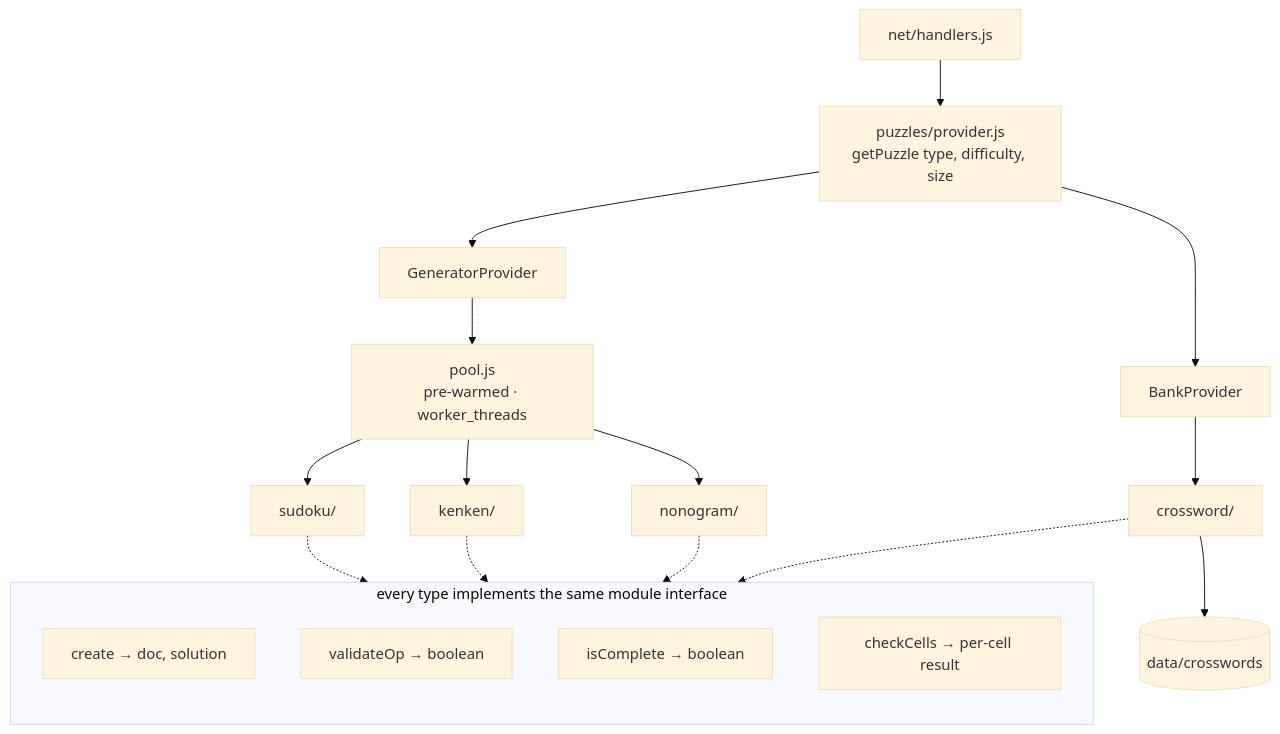
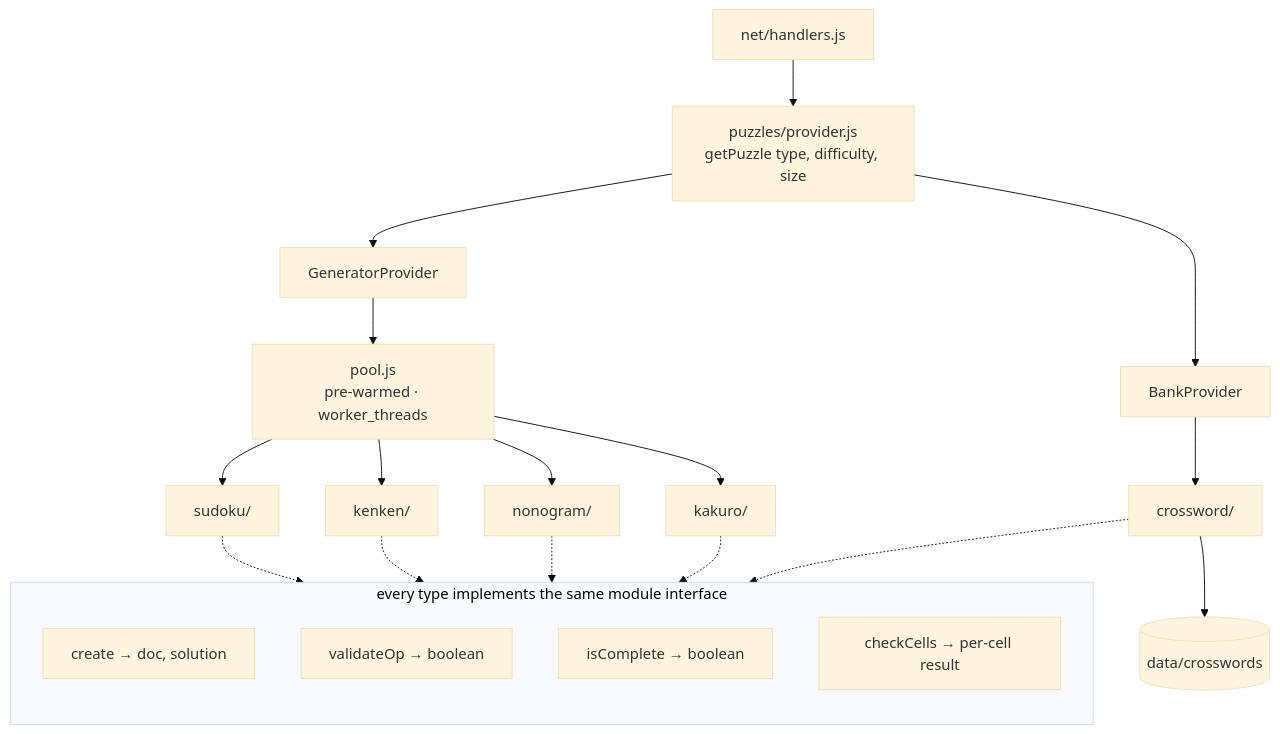
One commit to nikhilasm/puzzletogether changed the fifth of 6 diagrams in docs/architecture.md. Above: the diagram before and after it, drawn with Mermaid (base theme). The commit also changed other lines of this file and 38 other files, not shown here.

````diff
--- a/docs/architecture.md
+++ b/docs/architecture.md
@@ -171,27 +173,29 @@
 ```mermaid
 flowchart TB
     H["net/handlers.js"] --> PROV["puzzles/provider.js<br/>getPuzzle type, difficulty, size"]
 
     PROV --> GEN["GeneratorProvider"]
     PROV --> BNK["BankProvider"]
 
     GEN --> POOL["pool.js<br/>pre-warmed · worker_threads"]
     POOL --> SUD["sudoku/"]
     POOL --> KEN["kenken/"]
     POOL --> NON["nonogram/"]
+    POOL --> KAK["kakuro/"]
     BNK --> CW["crossword/"]
     CW --> FILES[("data/crosswords")]
 
     subgraph IFACE["every type implements the same module interface"]
       direction TB
       I1["create → doc, solution"]
       I2["validateOp → boolean"]
       I3["isComplete → boolean"]
       I4["checkCells → per-cell result"]
     end
 
     SUD -.-> IFACE
     KEN -.-> IFACE
     NON -.-> IFACE
+    KAK -.-> IFACE
     CW -.-> IFACE
 ```
````
